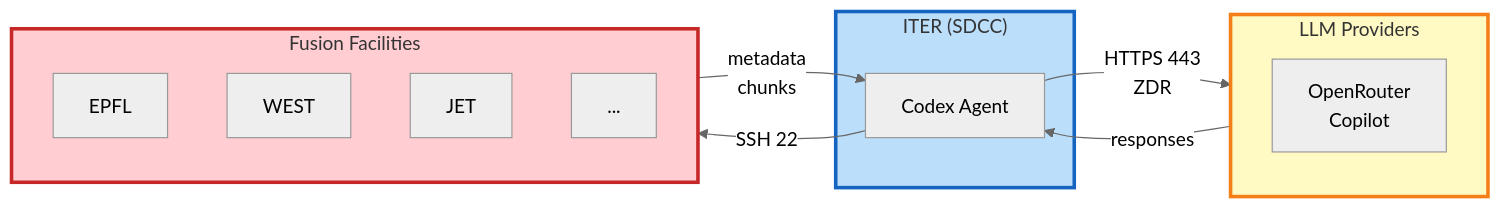
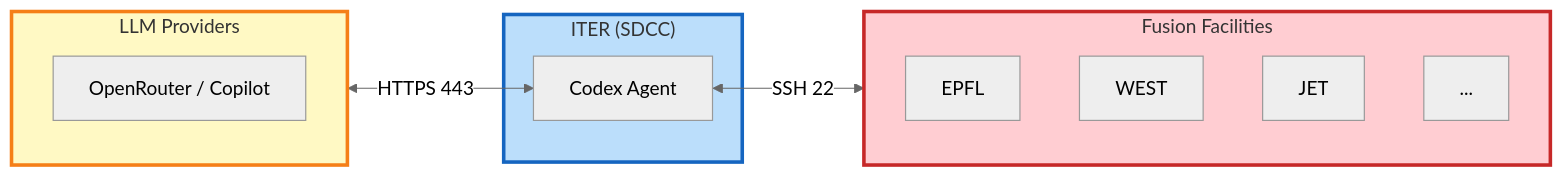
Before and after one commit to iterorganization/imas-mcp: the fourth of 8 diagrams in docs/architecture/facility-access.md, drawn with Mermaid (neutral theme). The commit also changed other lines of this file, not shown here.

First line of the commit message:
docs: fix Mermaid diagram layouts for consistent visual language

````diff
--- a/docs/architecture/facility-access.md
+++ b/docs/architecture/facility-access.md
@@ -195,31 +164,25 @@
 ```mermaid
 flowchart LR
-    subgraph LLM_NET["LLM Providers"]
-        L["OpenRouter
-        Copilot"]
+    subgraph LLM["LLM Providers"]
+        L["OpenRouter / Copilot"]
     end
 
-    subgraph ITER_NET["ITER (SDCC)"]
+    subgraph ITER["ITER (SDCC)"]
         S["Codex Agent"]
     end
     
-    subgraph FACILITIES["Fusion Facilities"]
+    subgraph FAC["Fusion Facilities"]
         direction TB
-        EPFL["EPFL"]
-        WEST["WEST"]
-        JET["JET"]
-        MORE["..."]
+        F1["EPFL"]
+        F2["WEST"]
+        F3["JET"]
+        F4["..."]
     end
 
-    S -->|"HTTPS 443
-    ZDR"| LLM_NET
-    LLM_NET -->|"responses"| S
-    
-    S -->|"SSH 22"| FACILITIES
-    FACILITIES -->|"metadata
-    chunks"| S
+    LLM <-->|"HTTPS 443"| S
+    S <-->|"SSH 22"| FAC
 
-    style LLM_NET fill:#fff9c4,stroke:#f57f17,stroke-width:3px
-    style ITER_NET fill:#bbdefb,stroke:#1565c0,stroke-width:3px
-    style FACILITIES fill:#ffcdd2,stroke:#c62828,stroke-width:3px
+    style LLM fill:#fff9c4,stroke:#f57f17,stroke-width:3px
+    style ITER fill:#bbdefb,stroke:#1565c0,stroke-width:3px
+    style FAC fill:#ffcdd2,stroke:#c62828,stroke-width:3px
 ```
````
